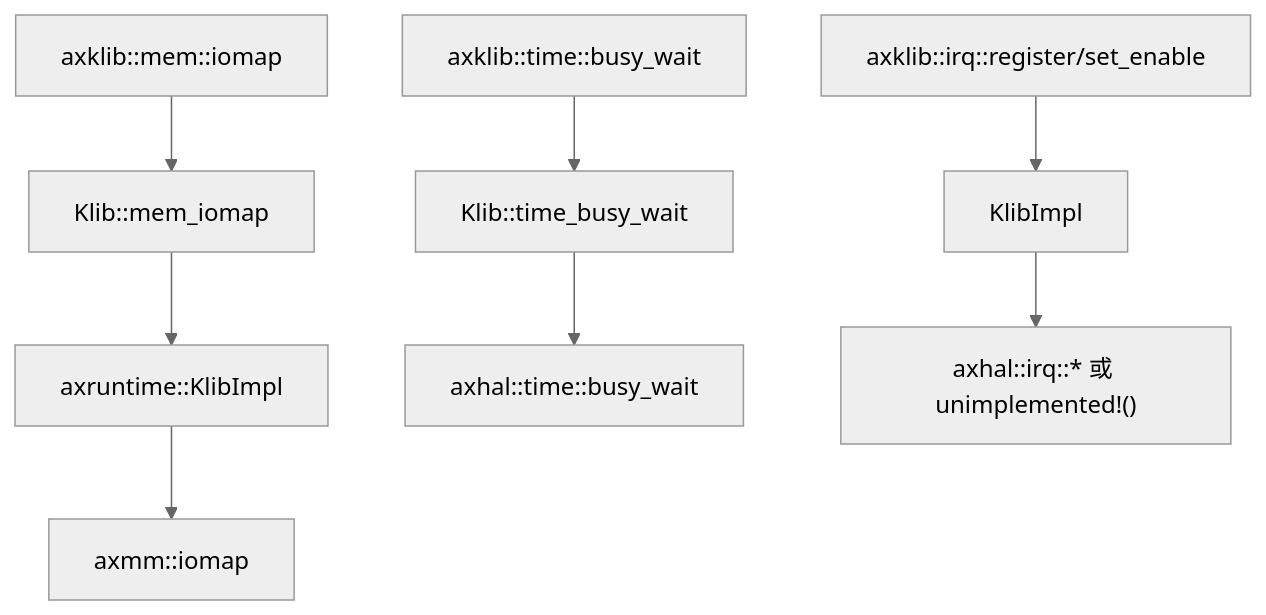
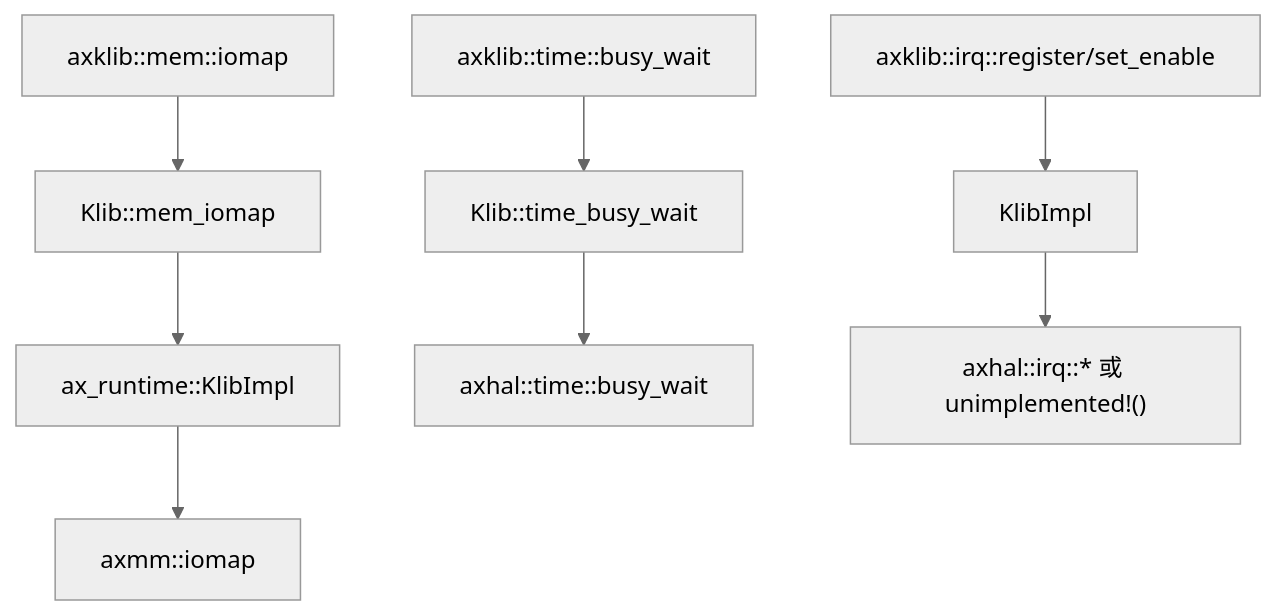
The first of 2 diagrams in docs/crates/axklib.md (zKurisu/tgoskits), drawn with Mermaid (neutral theme) before and after one commit. The commit also changed other lines of this file and 69 other files, not shown here.

Commit message:
rename axruntime to ax-runtime

````diff
--- a/docs/crates/axklib.md
+++ b/docs/crates/axklib.md
@@ -49,12 +49,12 @@
 ```mermaid
 flowchart TD
     A["axklib::mem::iomap"] --> B["Klib::mem_iomap"]
-    B --> C["axruntime::KlibImpl"]
+    B --> C["ax_runtime::KlibImpl"]
     C --> D["axmm::iomap"]
 
     E["axklib::time::busy_wait"] --> F["Klib::time_busy_wait"]
     F --> G["axhal::time::busy_wait"]
 
     H["axklib::irq::register/set_enable"] --> I["KlibImpl"]
     I --> J["axhal::irq::* 或 unimplemented!()"]
 ```
````
